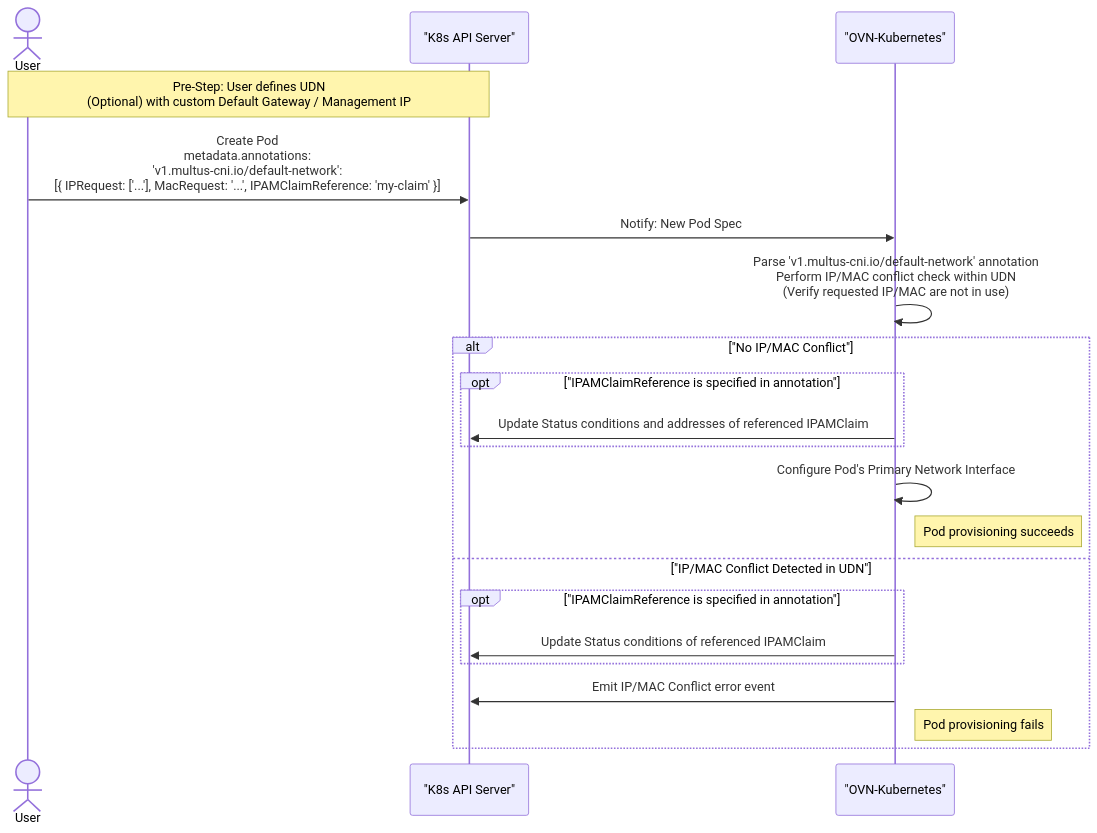
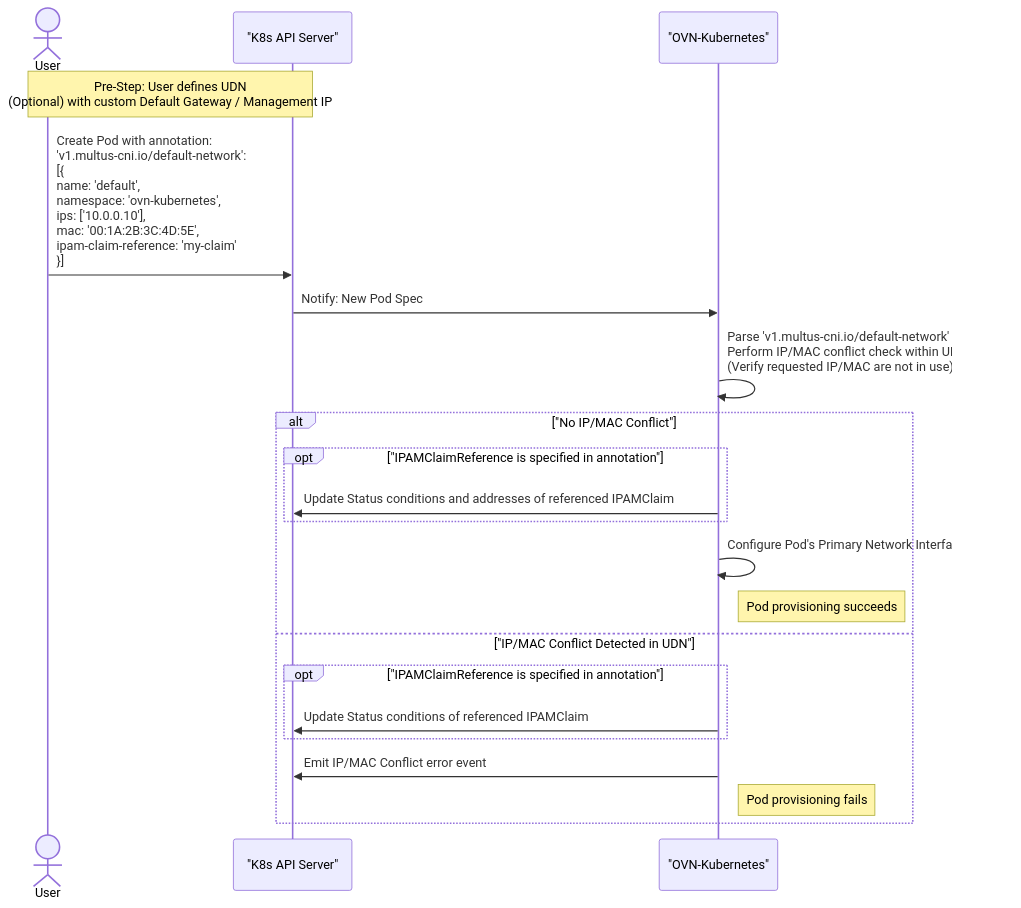
The diagram in docs/okeps/okep-5233-pre-assigned-pod-net-id.md (ovn-kubernetes/ovn-kubernetes), drawn with Mermaid before and after one commit.

Commit message:
Refactor NSE example in the diagram

````diff
--- a/docs/okeps/okep-5233-pre-assigned-pod-net-id.md
+++ b/docs/okeps/okep-5233-pre-assigned-pod-net-id.md
@@ -81,31 +81,32 @@
 ```mermaid
+%%{init: { 'sequence': {'messageAlign': 'left'} }}%%
 sequenceDiagram
 actor User
 participant K8s_API_Server as "K8s API Server"
 participant OVN_K_Controller as "OVN-Kubernetes"
 
 note over User, K8s_API_Server: Pre-Step: User defines UDN <br> (Optional) with custom Default Gateway / Management IP
 
-User->>K8s_API_Server: Create Pod <br> metadata.annotations: <br> 'v1.multus-cni.io/default-network': <br> [{ IPRequest: ['...'], MacRequest: '...', IPAMClaimReference: 'my-claim' }]
+User->>K8s_API_Server: Create Pod with annotation: <br> 'v1.multus-cni.io/default-network': <br> [{ <br> name: 'default', <br> namespace: 'ovn-kubernetes',<br> ips: ['10.0.0.10'], <br> mac: '00:1A:2B:3C:4D:5E', <br> ipam-claim-reference: 'my-claim' <br> }]
 
 
 K8s_API_Server->>OVN_K_Controller: Notify: New Pod Spec
 
 OVN_K_Controller->>OVN_K_Controller: Parse 'v1.multus-cni.io/default-network' annotation <br>Perform IP/MAC conflict check within UDN <br> (Verify requested IP/MAC are not in use)
 
 
 alt "No IP/MAC Conflict"
 opt "IPAMClaimReference is specified in annotation"
 OVN_K_Controller->>K8s_API_Server: Update Status conditions and addresses of referenced IPAMClaim
 end
 
 OVN_K_Controller->>OVN_K_Controller: Configure Pod's Primary Network Interface
 note right of OVN_K_Controller: Pod provisioning succeeds
 else "IP/MAC Conflict Detected in UDN"
 opt "IPAMClaimReference is specified in annotation"
 OVN_K_Controller->>K8s_API_Server: Update Status conditions of referenced IPAMClaim
 end
 OVN_K_Controller->>K8s_API_Server: Emit IP/MAC Conflict error event
 note right of OVN_K_Controller: Pod provisioning fails
 end
 ```
````
